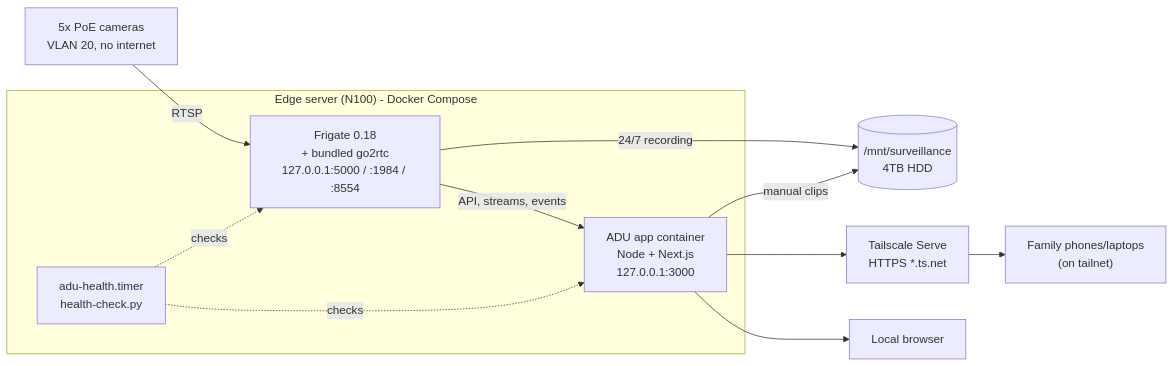
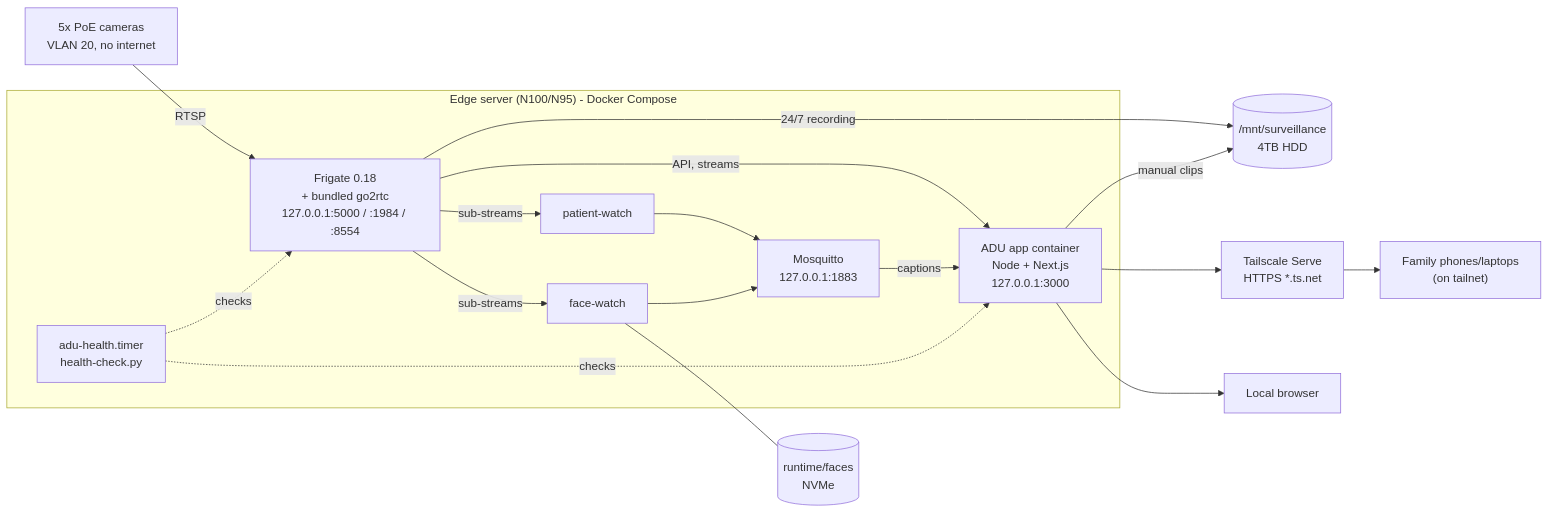
Before and after one commit to abdullahw1/adu-smart-system: the second of 12 diagrams in docs/home-automation-architecture.md, drawn with Mermaid. The commit also changed other lines of this file and 6 other files, not shown here.

````diff
--- a/docs/home-automation-architecture.md
+++ b/docs/home-automation-architecture.md
@@ -77,21 +94,31 @@
 ```mermaid
 flowchart LR
     CAMS["5x PoE cameras<br/>VLAN 20, no internet"] -- RTSP --> F
 
-    subgraph EDGE["Edge server (N100) - Docker Compose"]
+    subgraph EDGE["Edge server (N100/N95) - Docker Compose"]
         F["Frigate 0.18<br/>+ bundled go2rtc<br/>127.0.0.1:5000 / :1984 / :8554"]
         APP["ADU app container<br/>Node + Next.js<br/>127.0.0.1:3000"]
+        MQ["Mosquitto<br/>127.0.0.1:1883"]
+        PW["patient-watch"]
+        FW["face-watch"]
         HC["adu-health.timer<br/>health-check.py"]
     end
 
     HDD[("/mnt/surveillance<br/>4TB HDD")]
+    LIB[("runtime/faces<br/>NVMe")]
     F -- "24/7 recording" --> HDD
     APP -- "manual clips" --> HDD
-    F -- "API, streams, events" --> APP
+    F -- "API, streams" --> APP
+    F -- "sub-streams" --> PW
+    F -- "sub-streams" --> FW
+    PW --> MQ
+    FW --> MQ
+    FW --- LIB
+    MQ -- "captions" --> APP
     HC -.->|checks| F
     HC -.->|checks| APP
 
     APP --> TS["Tailscale Serve<br/>HTTPS *.ts.net"]
     TS --> PHONE["Family phones/laptops<br/>(on tailnet)"]
     APP --> LAN["Local browser"]
 ```
````
